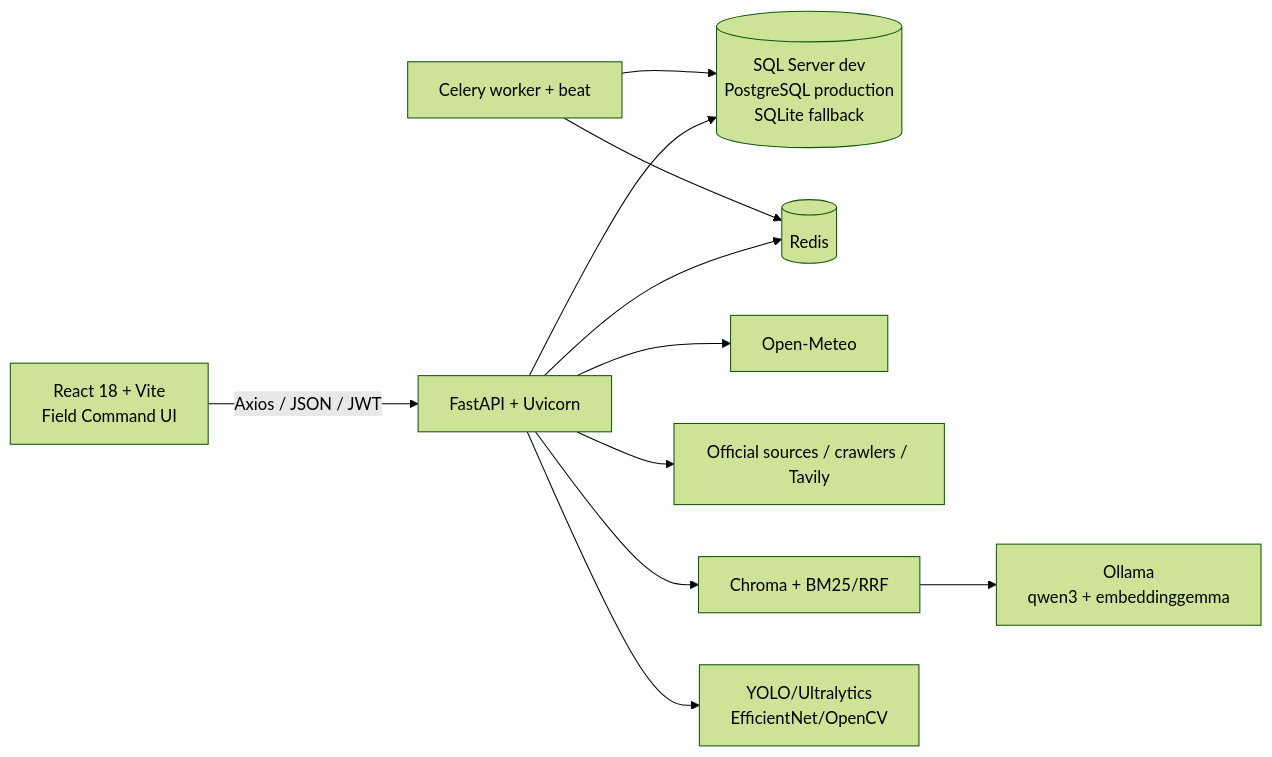
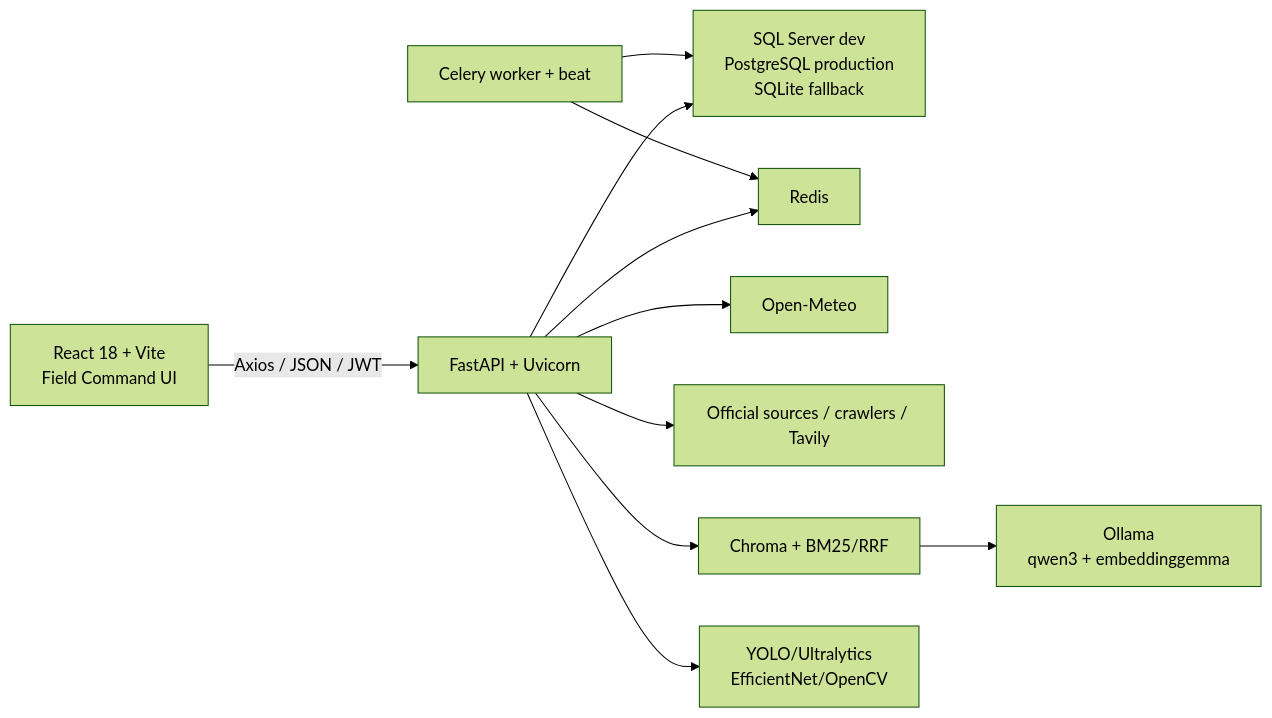
Before and after one commit to QuangTapcode/AI-Agriculture: the first of 9 diagrams in README.md, drawn with Mermaid (forest theme). The commit also changed other lines of this file, not shown here.

Commit message:
fix(docs): make README diagrams GitHub-compatible

```diff
--- a/README.md
+++ b/README.md
@@ -45,13 +45,13 @@
 ~~~mermaid
 flowchart LR
-    Browser[React 18 + Vite<br/>Field Command UI] -->|Axios / JSON / JWT| API[FastAPI + Uvicorn]
-    API --> DB[(SQL Server dev<br/>PostgreSQL production<br/>SQLite fallback)]
-    API --> Cache[(Redis)]
-    Worker[Celery worker + beat] --> Cache
+    Browser["React 18 + Vite<br/>Field Command UI"] -->|Axios / JSON / JWT| API["FastAPI + Uvicorn"]
+    API --> DB["SQL Server dev<br/>PostgreSQL production<br/>SQLite fallback"]
+    API --> Cache["Redis"]
+    Worker["Celery worker + beat"] --> Cache
     Worker --> DB
-    API --> Weather[Open-Meteo]
-    API --> Market[Official sources / crawlers / Tavily]
-    API --> RAG[Chroma + BM25/RRF]
-    RAG --> Ollama[Ollama<br/>qwen3 + embeddinggemma]
-    API --> Models[YOLO/Ultralytics<br/>EfficientNet/OpenCV]
+    API --> Weather["Open-Meteo"]
+    API --> Market["Official sources / crawlers / Tavily"]
+    API --> RAG["Chroma + BM25/RRF"]
+    RAG --> Ollama["Ollama<br/>qwen3 + embeddinggemma"]
+    API --> Models["YOLO/Ultralytics<br/>EfficientNet/OpenCV"]
 ~~~
```
